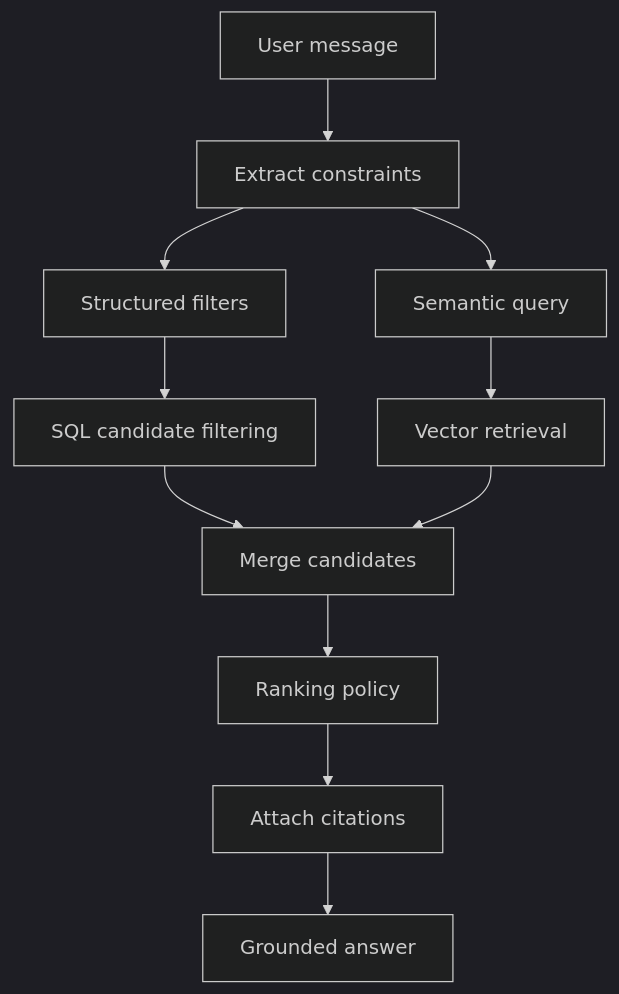
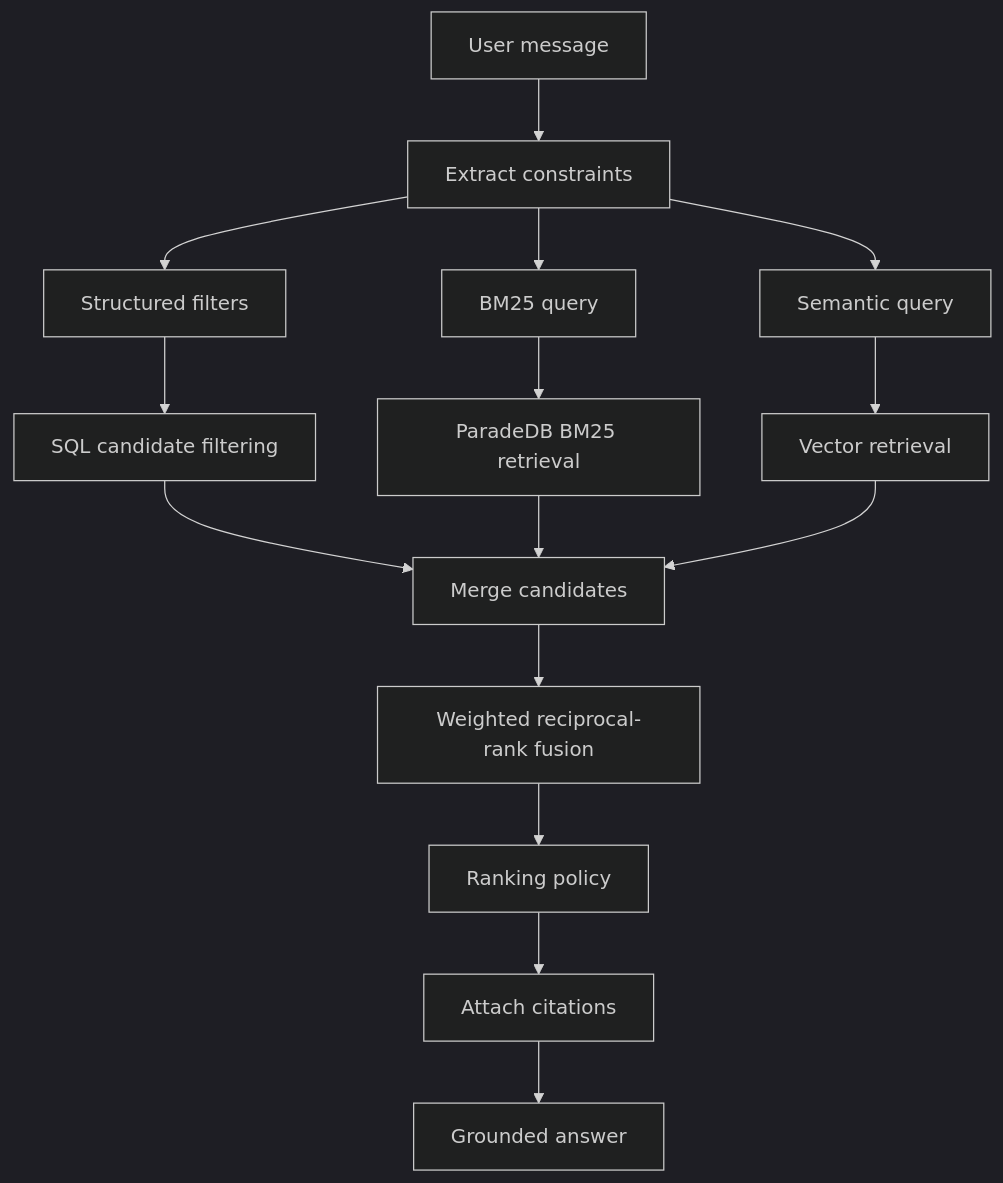
Before and after one commit to sovware/ask-sunny-docs: the first of 2 diagrams in shared/DATA_AND_RAG_DESIGN.md, drawn with Mermaid (dark theme). The commit also changed other lines of this file and 14 other files, not shown here.

````diff
--- a/shared/DATA_AND_RAG_DESIGN.md
+++ b/shared/DATA_AND_RAG_DESIGN.md
@@ -59,13 +65,17 @@
 ```mermaid
 flowchart TD
   Query[User message] --> Extract[Extract constraints]
   Extract --> Filters[Structured filters]
+  Extract --> Keyword[BM25 query]
   Extract --> Semantic[Semantic query]
   Filters --> CandidateSQL[SQL candidate filtering]
+  Keyword --> BM25[ParadeDB BM25 retrieval]
   Semantic --> Vector[Vector retrieval]
   CandidateSQL --> Merge[Merge candidates]
+  BM25 --> Merge
   Vector --> Merge
-  Merge --> Rank[Ranking policy]
+  Merge --> Fusion[Weighted reciprocal-rank fusion]
+  Fusion --> Rank[Ranking policy]
   Rank --> Cite[Attach citations]
   Cite --> Answer[Grounded answer]
 ```
````
